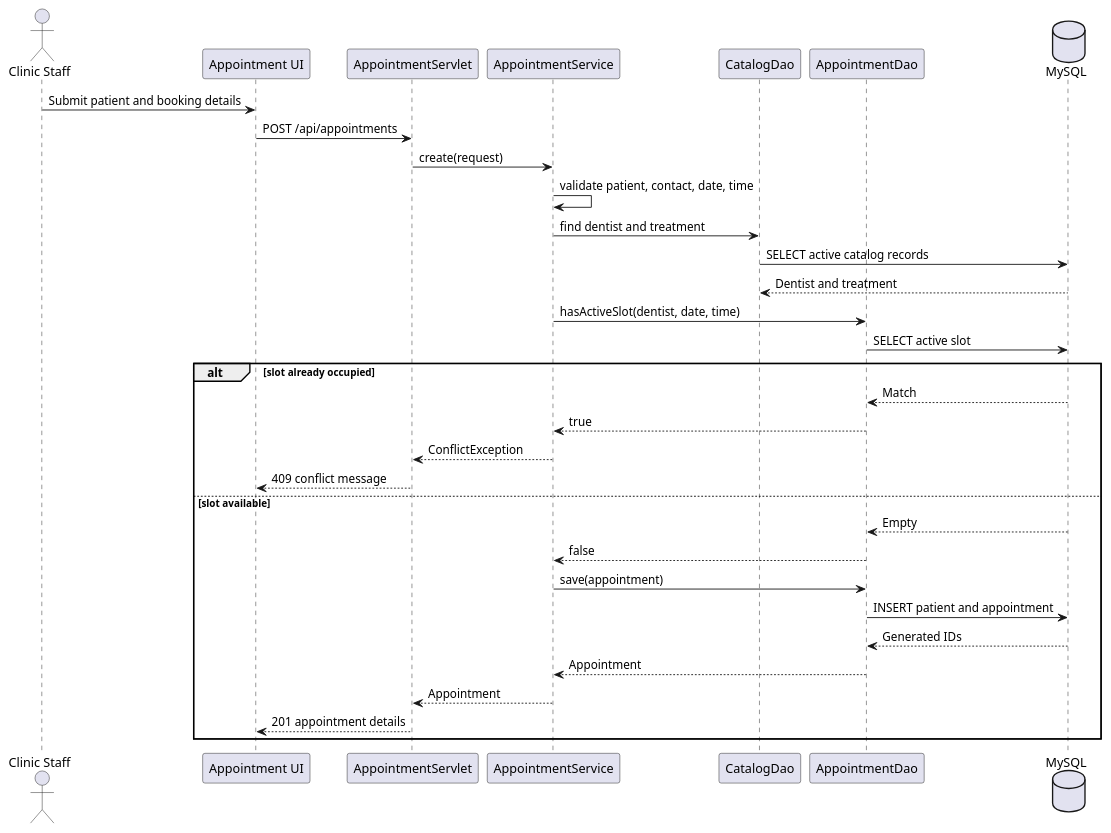
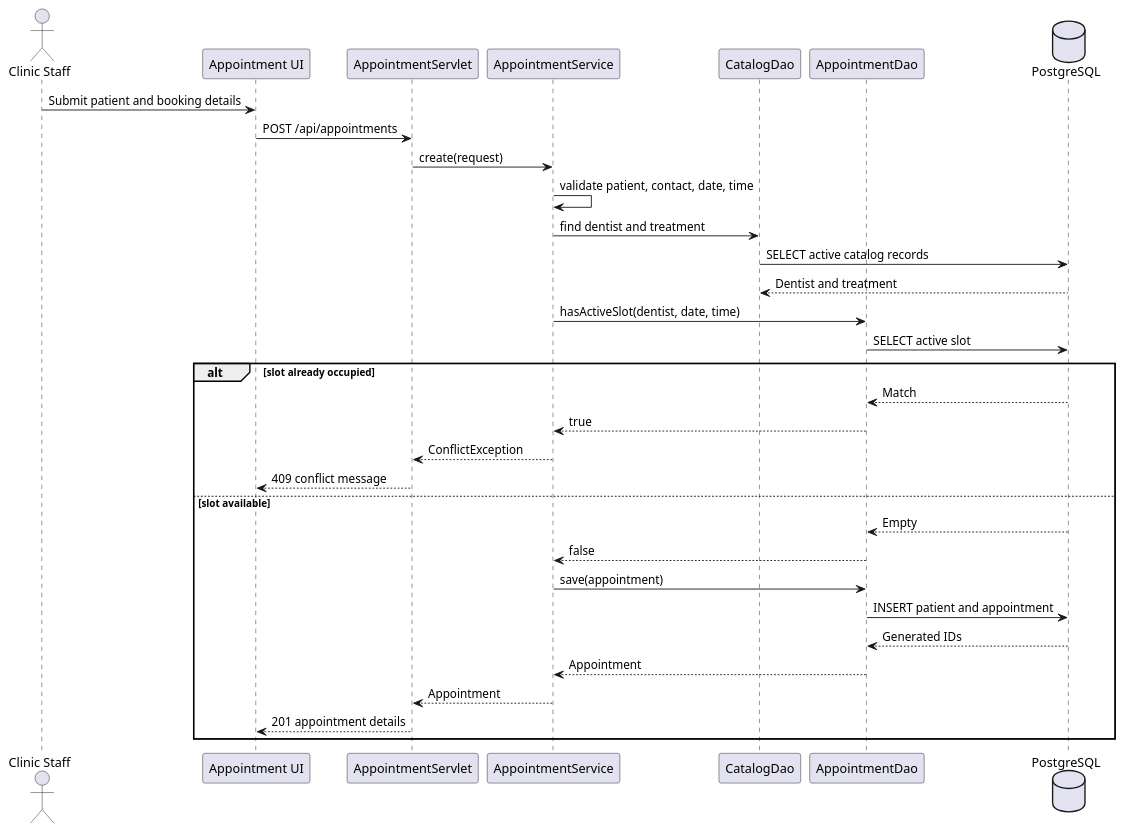
One commit to sdglhm/sunrise-dental-cis6003 changed the diagram in docs/uml/register-appointment-sequence.puml. Above: the diagram before and after it, drawn with PlantUML. The commit also changed 13 other files, not shown here.

```diff
--- a/docs/uml/register-appointment-sequence.puml
+++ b/docs/uml/register-appointment-sequence.puml
@@ -1,33 +1,33 @@
 @startuml
 actor "Clinic Staff" as Staff
 participant "Appointment UI" as UI
 participant AppointmentServlet
 participant AppointmentService as Service
 participant CatalogDao
 participant AppointmentDao
-database MySQL
+database PostgreSQL
 Staff -> UI: Submit patient and booking details
 UI -> AppointmentServlet: POST /api/appointments
 AppointmentServlet -> Service: create(request)
 Service -> Service: validate patient, contact, date, time
 Service -> CatalogDao: find dentist and treatment
-CatalogDao -> MySQL: SELECT active catalog records
-MySQL --> CatalogDao: Dentist and treatment
+CatalogDao -> PostgreSQL: SELECT active catalog records
+PostgreSQL --> CatalogDao: Dentist and treatment
 Service -> AppointmentDao: hasActiveSlot(dentist, date, time)
-AppointmentDao -> MySQL: SELECT active slot
+AppointmentDao -> PostgreSQL: SELECT active slot
 alt slot already occupied
-  MySQL --> AppointmentDao: Match
+  PostgreSQL --> AppointmentDao: Match
   AppointmentDao --> Service: true
   Service --> AppointmentServlet: ConflictException
   AppointmentServlet --> UI: 409 conflict message
 else slot available
-  MySQL --> AppointmentDao: Empty
+  PostgreSQL --> AppointmentDao: Empty
   AppointmentDao --> Service: false
   Service -> AppointmentDao: save(appointment)
-  AppointmentDao -> MySQL: INSERT patient and appointment
-  MySQL --> AppointmentDao: Generated IDs
+  AppointmentDao -> PostgreSQL: INSERT patient and appointment
+  PostgreSQL --> AppointmentDao: Generated IDs
   AppointmentDao --> Service: Appointment
   Service --> AppointmentServlet: Appointment
   AppointmentServlet --> UI: 201 appointment details
 end
 @enduml
```
